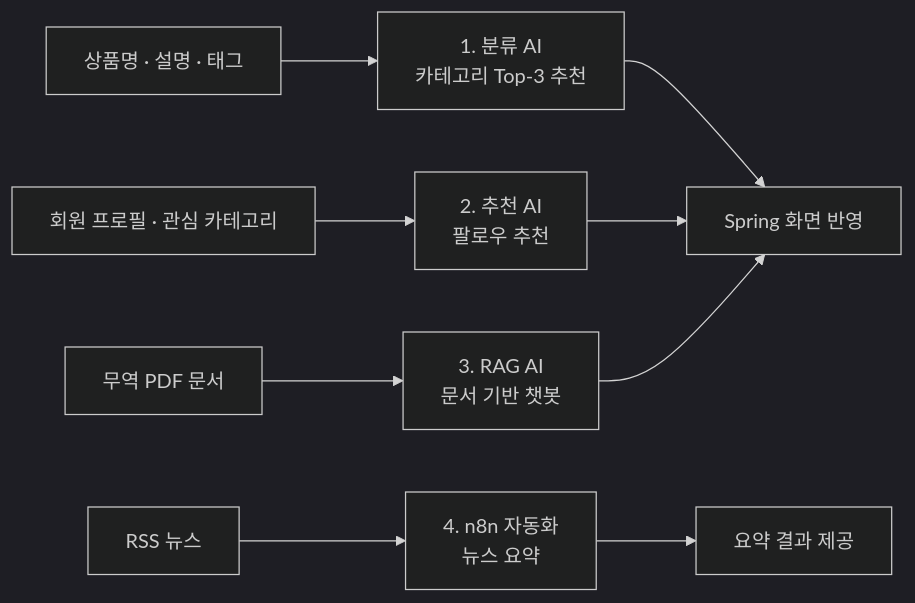
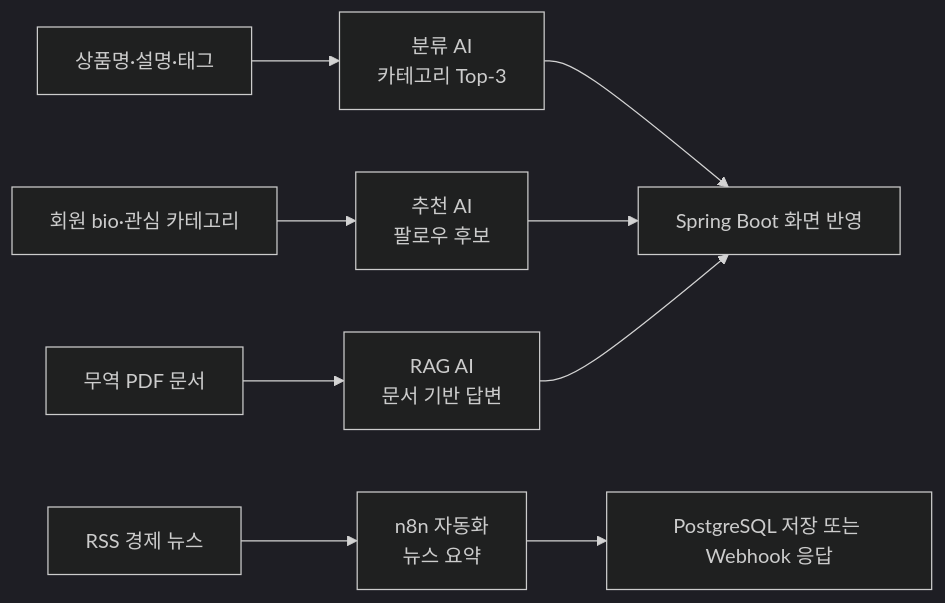
The first of 6 diagrams in README.md (tomatosugarpickled/announcement-_ai), drawn with Mermaid (dark theme) before and after one commit. The commit also changed other lines of this file, not shown here.

````diff
--- a/README.md
+++ b/README.md
@@ -52,12 +45,12 @@
 ```mermaid
 flowchart LR
-    A["상품명 · 설명 · 태그"] --> B["1. 분류 AI<br/>카테고리 Top-3 추천"]
-    C["회원 프로필 · 관심 카테고리"] --> D["2. 추천 AI<br/>팔로우 추천"]
-    E["무역 PDF 문서"] --> F["3. RAG AI<br/>문서 기반 챗봇"]
-    G["RSS 뉴스"] --> H["4. n8n 자동화<br/>뉴스 요약"]
+    A["상품명·설명·태그"] --> B["분류 AI<br/>카테고리 Top-3"]
+    C["회원 bio·관심 카테고리"] --> D["추천 AI<br/>팔로우 후보"]
+    E["무역 PDF 문서"] --> F["RAG AI<br/>문서 기반 답변"]
+    G["RSS 경제 뉴스"] --> H["n8n 자동화<br/>뉴스 요약"]
 
-    B --> I["Spring 화면 반영"]
+    B --> I["Spring Boot 화면 반영"]
     D --> I
     F --> I
-    H --> J["요약 결과 제공"]
+    H --> J["PostgreSQL 저장 또는 Webhook 응답"]
 ```
````
